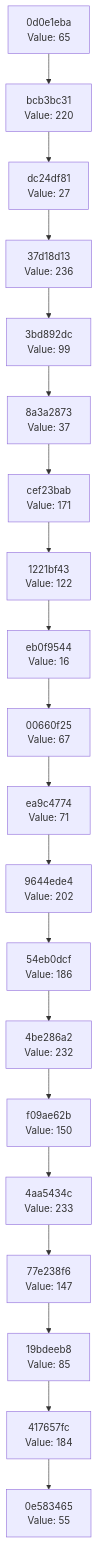
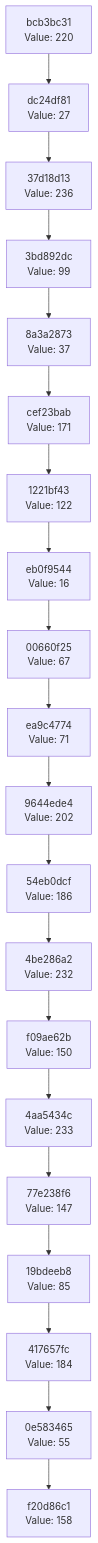
One commit to Abhisheksinha1506/hash-chain-evolver changed the diagram in docs/CHAIN_VISUALIZATION.md. Above: the diagram before and after it, drawn with Mermaid. The commit also changed 3 other files, not shown here.

````diff
--- a/docs/CHAIN_VISUALIZATION.md
+++ b/docs/CHAIN_VISUALIZATION.md
@@ -3,42 +3,42 @@
 ```mermaid
 graph TD
-    C0["0e583465<br/>Value: 55"]
-    C1["417657fc<br/>Value: 184"]
+    C0["f20d86c1<br/>Value: 158"]
+    C1["0e583465<br/>Value: 55"]
     C1 --> C0
-    C2["19bdeeb8<br/>Value: 85"]
+    C2["417657fc<br/>Value: 184"]
     C2 --> C1
-    C3["77e238f6<br/>Value: 147"]
+    C3["19bdeeb8<br/>Value: 85"]
     C3 --> C2
-    C4["4aa5434c<br/>Value: 233"]
+    C4["77e238f6<br/>Value: 147"]
     C4 --> C3
-    C5["f09ae62b<br/>Value: 150"]
+    C5["4aa5434c<br/>Value: 233"]
     C5 --> C4
-    C6["4be286a2<br/>Value: 232"]
+    C6["f09ae62b<br/>Value: 150"]
     C6 --> C5
-    C7["54eb0dcf<br/>Value: 186"]
+    C7["4be286a2<br/>Value: 232"]
     C7 --> C6
-    C8["9644ede4<br/>Value: 202"]
+    C8["54eb0dcf<br/>Value: 186"]
     C8 --> C7
-    C9["ea9c4774<br/>Value: 71"]
+    C9["9644ede4<br/>Value: 202"]
     C9 --> C8
-    C10["00660f25<br/>Value: 67"]
+    C10["ea9c4774<br/>Value: 71"]
     C10 --> C9
-    C11["eb0f9544<br/>Value: 16"]
+    C11["00660f25<br/>Value: 67"]
     C11 --> C10
-    C12["1221bf43<br/>Value: 122"]
+    C12["eb0f9544<br/>Value: 16"]
     C12 --> C11
-    C13["cef23bab<br/>Value: 171"]
+    C13["1221bf43<br/>Value: 122"]
     C13 --> C12
-    C14["8a3a2873<br/>Value: 37"]
+    C14["cef23bab<br/>Value: 171"]
     C14 --> C13
-    C15["3bd892dc<br/>Value: 99"]
+    C15["8a3a2873<br/>Value: 37"]
     C15 --> C14
-    C16["37d18d13<br/>Value: 236"]
+    C16["3bd892dc<br/>Value: 99"]
     C16 --> C15
-    C17["dc24df81<br/>Value: 27"]
+    C17["37d18d13<br/>Value: 236"]
     C17 --> C16
-    C18["bcb3bc31<br/>Value: 220"]
+    C18["dc24df81<br/>Value: 27"]
     C18 --> C17
-    C19["0d0e1eba<br/>Value: 65"]
+    C19["bcb3bc31<br/>Value: 220"]
     C19 --> C18
 ```
````
